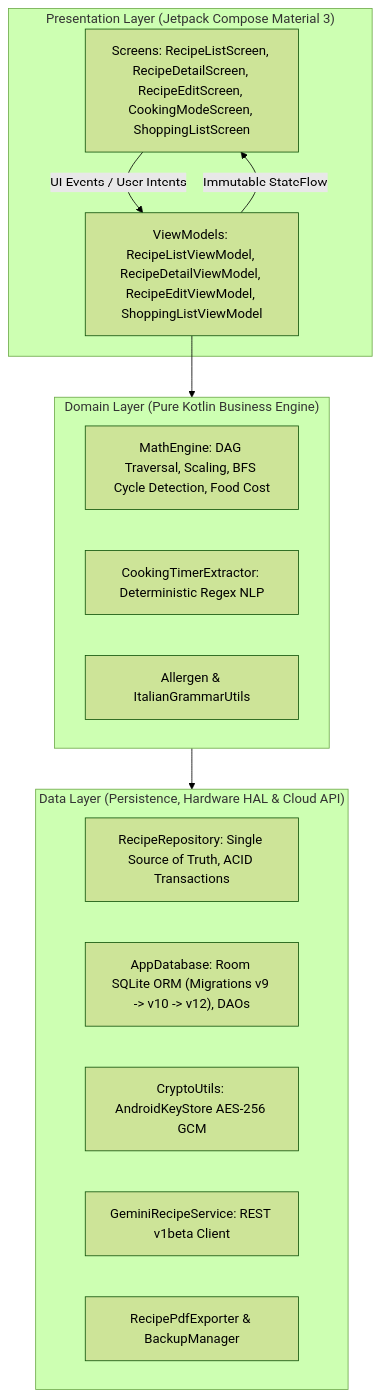
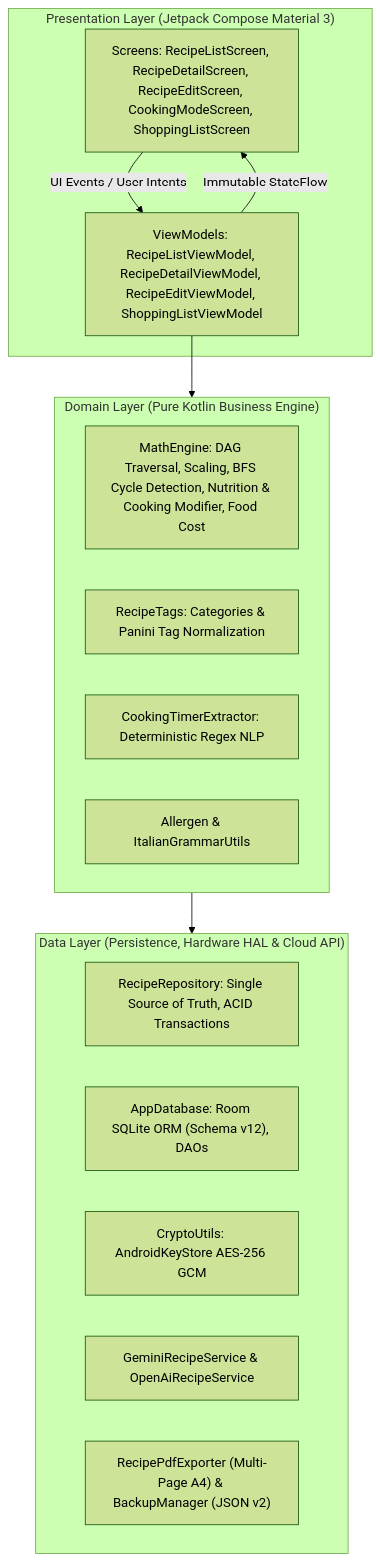
One commit to Tenshin000/SIMO changed the diagram in README.md. Above: the diagram before and after it, drawn with Mermaid (forest theme). The commit also changed other lines of this file and 42 other files, not shown here.

````diff
--- a/README.md
+++ b/README.md
@@ -325,26 +326,27 @@
 ```mermaid
 graph TD
     subgraph PRESENTATION["Presentation Layer (Jetpack Compose Material 3)"]
         UI["Screens: RecipeListScreen, RecipeDetailScreen, RecipeEditScreen, CookingModeScreen, ShoppingListScreen"]
         VM["ViewModels: RecipeListViewModel, RecipeDetailViewModel, RecipeEditViewModel, ShoppingListViewModel"]
         UI -->|UI Events / User Intents| VM
         VM -->|Immutable StateFlow| UI
     end
 
     subgraph DOMAIN["Domain Layer (Pure Kotlin Business Engine)"]
-        ME["MathEngine: DAG Traversal, Scaling, BFS Cycle Detection, Food Cost"]
+        ME["MathEngine: DAG Traversal, Scaling, BFS Cycle Detection, Nutrition & Cooking Modifier, Food Cost"]
+        RT["RecipeTags: Categories & Panini Tag Normalization"]
         CTE["CookingTimerExtractor: Deterministic Regex NLP"]
         ALL["Allergen & ItalianGrammarUtils"]
     end
 
     subgraph DATA["Data Layer (Persistence, Hardware HAL & Cloud API)"]
         REP["RecipeRepository: Single Source of Truth, ACID Transactions"]
-        ROOM["AppDatabase: Room SQLite ORM (Migrations v9 -> v10 -> v12), DAOs"]
+        ROOM["AppDatabase: Room SQLite ORM (Schema v12), DAOs"]
         CRYPTO["CryptoUtils: AndroidKeyStore AES-256 GCM"]
-        GEMINI["GeminiRecipeService: REST v1beta Client"]
-        PDF["RecipePdfExporter & BackupManager"]
+        AI["GeminiRecipeService & OpenAiRecipeService"]
+        PDF["RecipePdfExporter (Multi-Page A4) & BackupManager (JSON v2)"]
     end
 
     VM --> DOMAIN
     DOMAIN --> DATA
 ```
````
